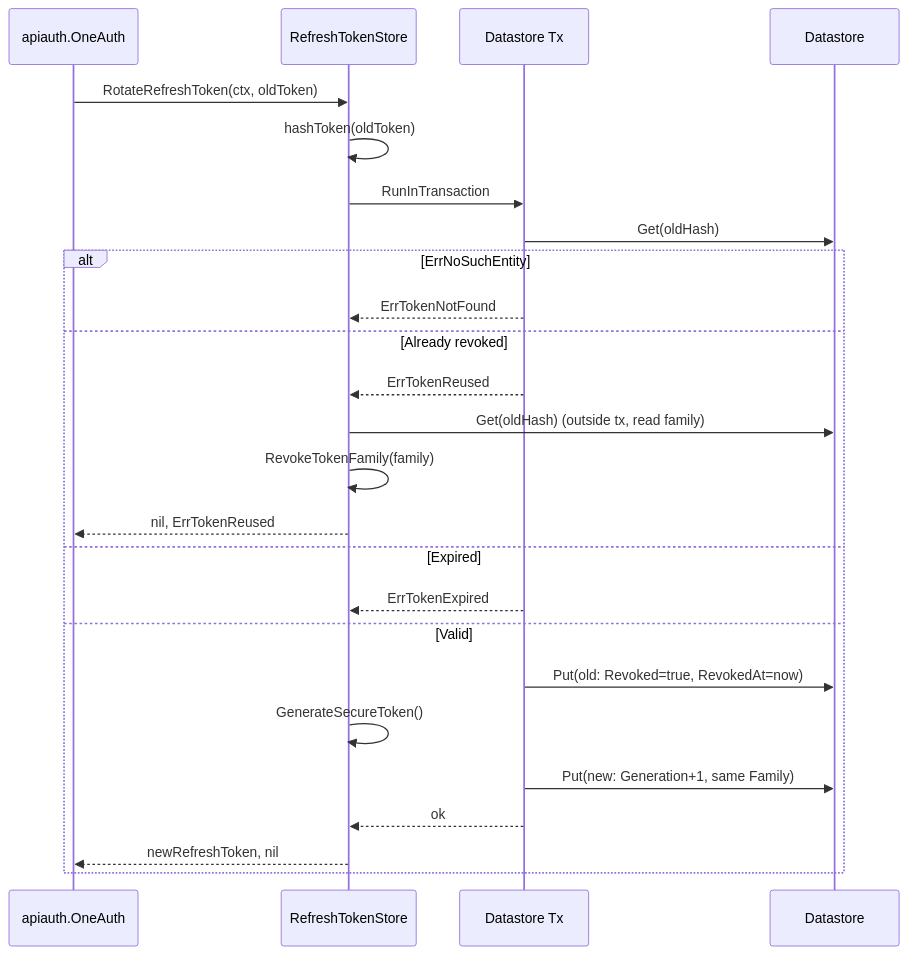
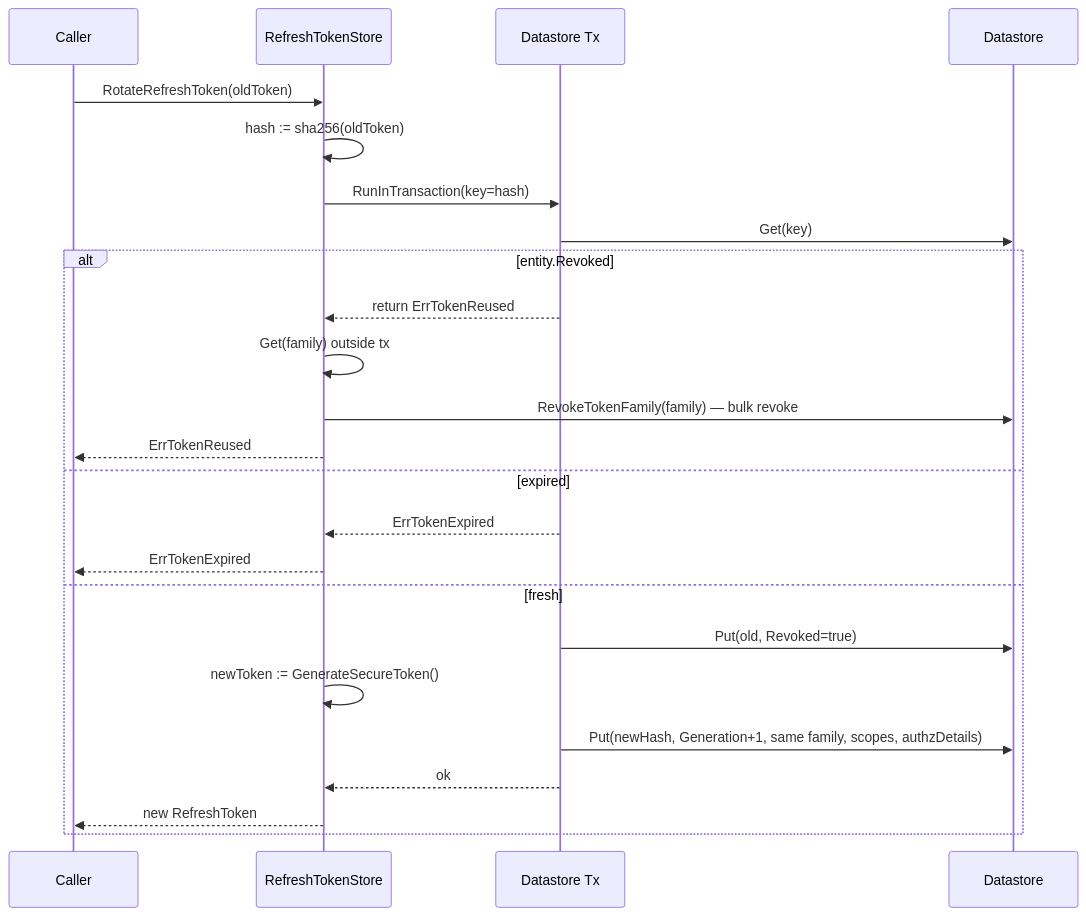
The first of 2 diagrams in stores/gae/DESIGN.md (panyam/oneauth), drawn with Mermaid before and after one commit. The commit also changed other lines of this file and 5 other files, not shown here.

````diff
--- a/stores/gae/DESIGN.md
+++ b/stores/gae/DESIGN.md
@@ -53,28 +59,27 @@
 ```mermaid
 sequenceDiagram
-    participant Caller as apiauth.OneAuth
-    participant Store as RefreshTokenStore
-    participant Tx as Datastore Tx
+    participant Caller
+    participant RTS as RefreshTokenStore
+    participant TX as Datastore Tx
     participant DS as Datastore
 
-    Caller->>Store: RotateRefreshToken(ctx, oldToken)
-    Store->>Store: hashToken(oldToken)
-    Store->>Tx: RunInTransaction
-    Tx->>DS: Get(oldHash)
-    alt ErrNoSuchEntity
-        Tx-->>Store: ErrTokenNotFound
-    else Already revoked
-        Tx-->>Store: ErrTokenReused
-        Store->>DS: Get(oldHash) (outside tx, read family)
-        Store->>Store: RevokeTokenFamily(family)
-        Store-->>Caller: nil, ErrTokenReused
-    else Expired
-        Tx-->>Store: ErrTokenExpired
-    else Valid
-        Tx->>DS: Put(old: Revoked=true, RevokedAt=now)
-        Store->>Store: GenerateSecureToken()
-        Tx->>DS: Put(new: Generation+1, same Family)
-        Tx-->>Store: ok
-        Store-->>Caller: newRefreshToken, nil
+    Caller->>RTS: RotateRefreshToken(oldToken)
+    RTS->>RTS: hash := sha256(oldToken)
+    RTS->>TX: RunInTransaction(key=hash)
+    TX->>DS: Get(key)
+    alt entity.Revoked
+        TX-->>RTS: return ErrTokenReused
+        RTS->>RTS: Get(family) outside tx
+        RTS->>DS: RevokeTokenFamily(family) — bulk revoke
+        RTS-->>Caller: ErrTokenReused
+    else expired
+        TX-->>RTS: ErrTokenExpired
+        RTS-->>Caller: ErrTokenExpired
+    else fresh
+        TX->>DS: Put(old, Revoked=true)
+        RTS->>RTS: newToken := GenerateSecureToken()
+        TX->>DS: Put(newHash, Generation+1, same family, scopes, authzDetails)
+        TX-->>RTS: ok
+        RTS-->>Caller: new RefreshToken
     end
 ```
````
